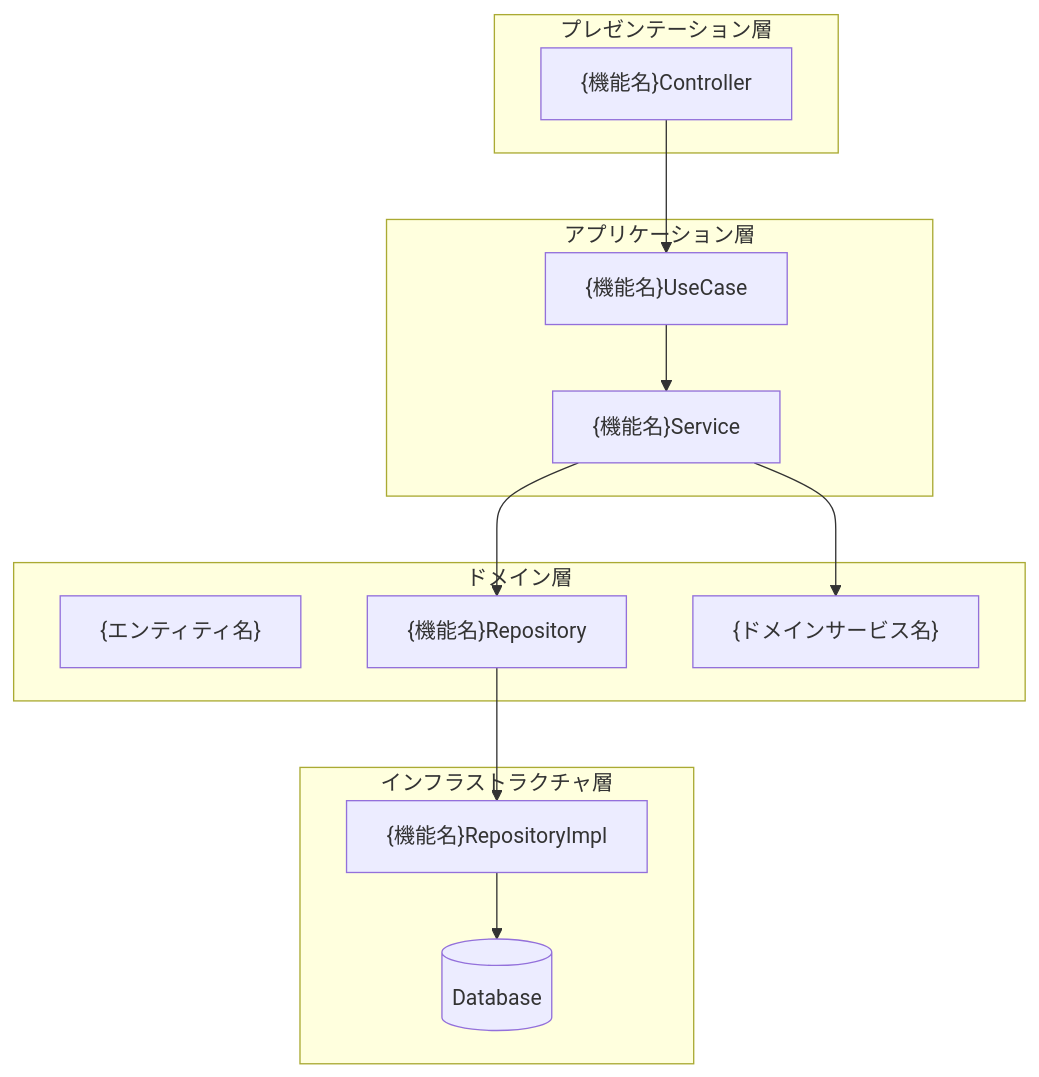
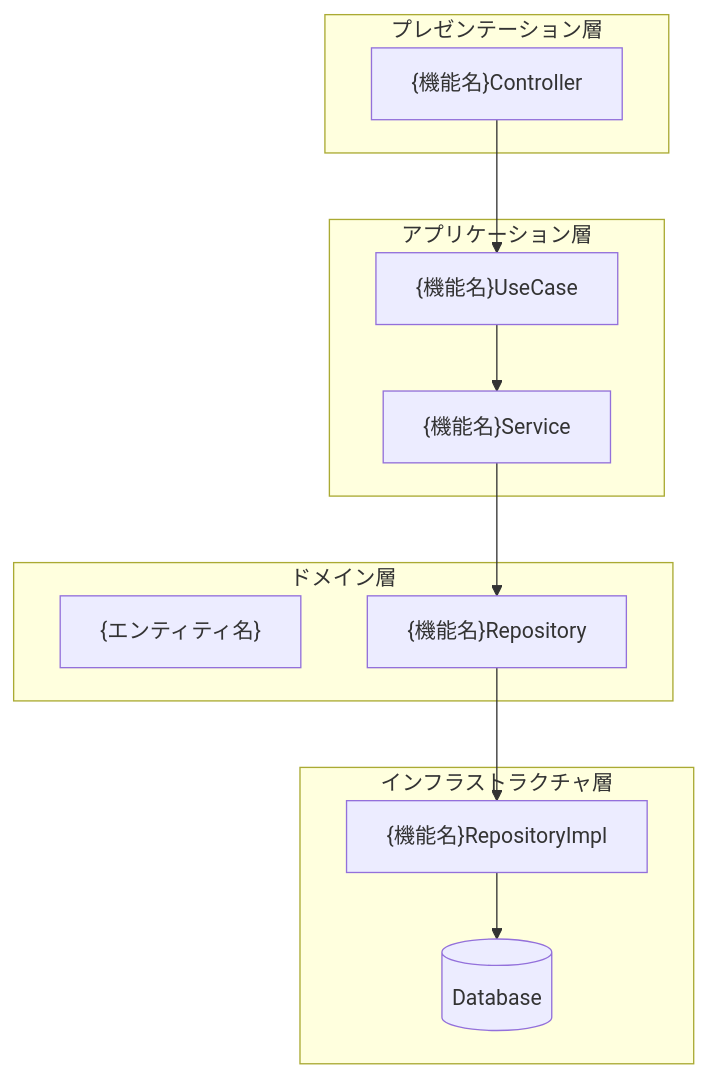
One commit to dtakamiya/adflow changed the first of 3 diagrams in templates/system-design-template.md. Above: the diagram before and after it, drawn with Mermaid. The commit also changed other lines of this file and 28 other files, not shown here.

````diff
--- a/templates/system-design-template.md
+++ b/templates/system-design-template.md
@@ -19,25 +19,23 @@
 ```mermaid
 graph TB
     subgraph Presentation["プレゼンテーション層"]
         Controller["{機能名}Controller"]
     end
     subgraph Application["アプリケーション層"]
         Service["{機能名}Service"]
         UseCase["{機能名}UseCase"]
     end
     subgraph Domain["ドメイン層"]
         Entity["{エンティティ名}"]
         Repository["{機能名}Repository"]
-        DomainService["{ドメインサービス名}"]
     end
     subgraph Infrastructure["インフラストラクチャ層"]
         RepositoryImpl["{機能名}RepositoryImpl"]
         DB[(Database)]
     end
     Controller --> UseCase
     UseCase --> Service
-    Service --> DomainService
     Service --> Repository
     Repository --> RepositoryImpl
     RepositoryImpl --> DB
 ```
````
